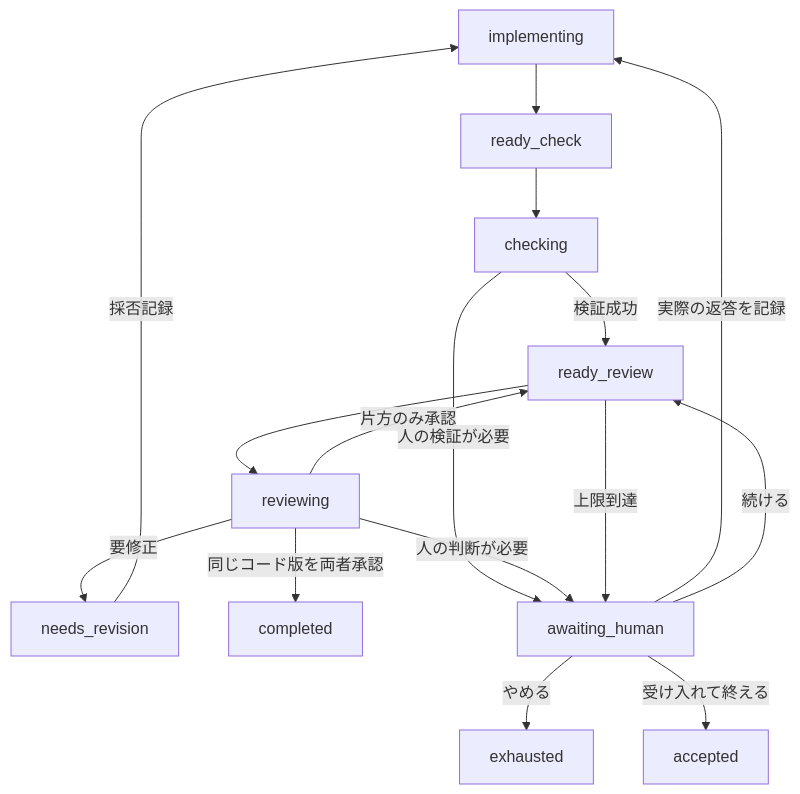
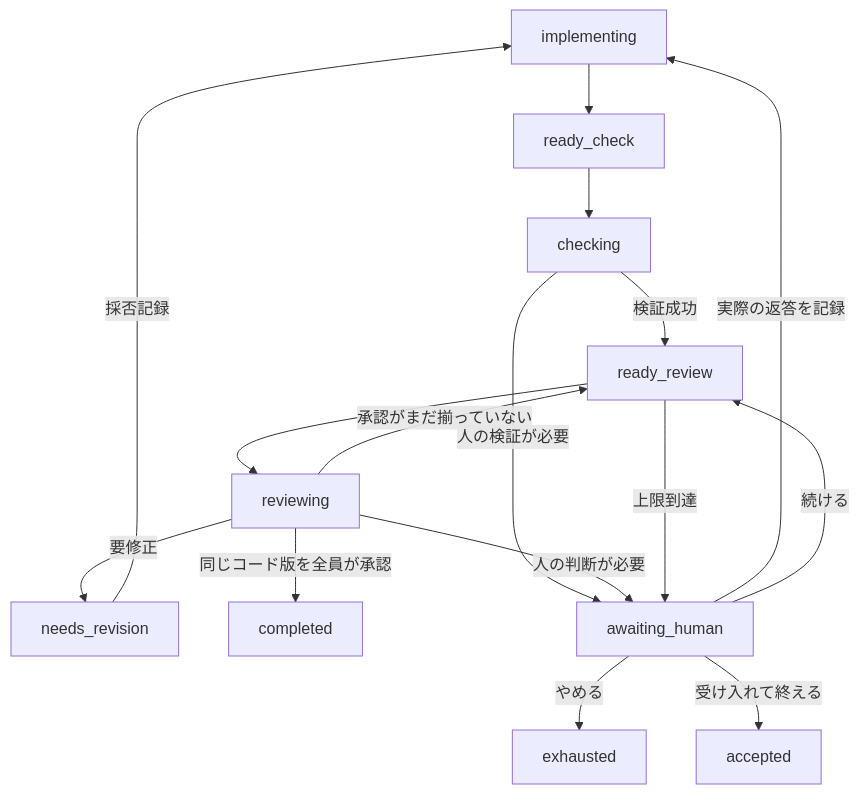
The second of 2 diagrams in docs/architecture.md (rysh25/devflow), drawn with Mermaid before and after one commit. The commit also changed other lines of this file and 34 other files, not shown here.

````diff
--- a/docs/architecture.md
+++ b/docs/architecture.md
@@ -89,18 +89,18 @@
 ```mermaid
 flowchart TD
     I[implementing] --> C[ready_check]
     C --> K[checking]
     K -->|検証成功| R[ready_review]
     R --> V[reviewing]
     V -->|要修正| N[needs_revision]
     N -->|採否記録| I
-    V -->|片方のみ承認| R
-    V -->|同じコード版を両者承認| D[completed]
+    V -->|承認がまだ揃っていない| R
+    V -->|同じコード版を全員が承認| D[completed]
     K -->|人の検証が必要| H[awaiting_human]
     V -->|人の判断が必要| H
     H -->|実際の返答を記録| I
     R -->|上限到達| H
     H -->|続ける| R
     H -->|やめる| E[exhausted]
     H -->|受け入れて終える| A[accepted]
 ```
````
